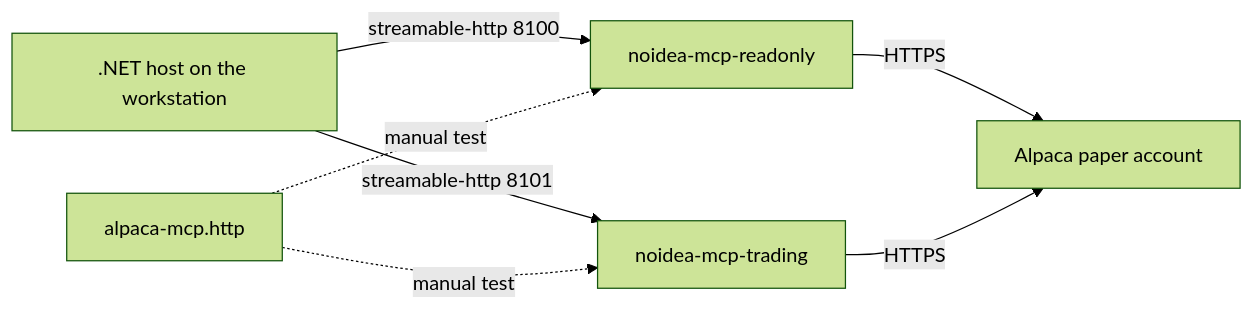
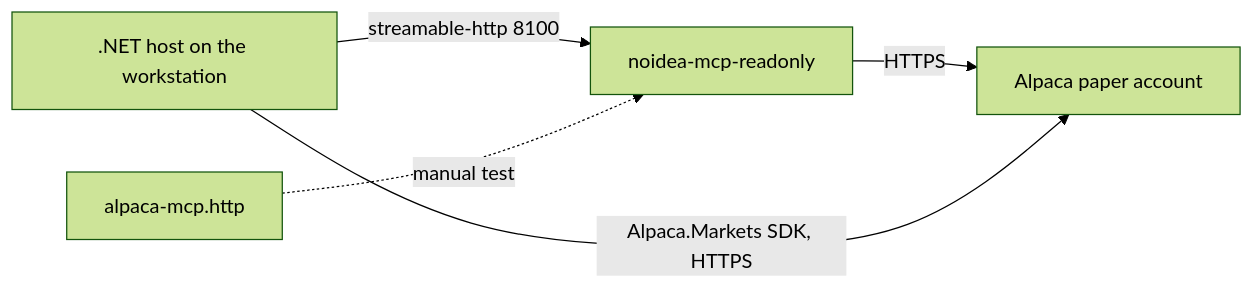
One commit to xakpc/Alpaca.NoIdea changed the diagram in .lode/operations/local-development.md. Above: the diagram before and after it, drawn with Mermaid (forest theme). The commit also changed other lines of this file and 15 other files, not shown here.

````diff
--- a/.lode/operations/local-development.md
+++ b/.lode/operations/local-development.md
@@ -14,9 +18,7 @@
 ```mermaid
 flowchart LR
     VS[".NET host on the workstation"] -->|streamable-http 8100| RO["noidea-mcp-readonly"]
-    VS -->|streamable-http 8101| TR["noidea-mcp-trading"]
     HTTP["alpaca-mcp.http"] -.manual test.-> RO
-    HTTP -.manual test.-> TR
     RO -->|HTTPS| A["Alpaca paper account"]
-    TR -->|HTTPS| A
+    VS -->|"Alpaca.Markets SDK, HTTPS"| A
 ```
````
